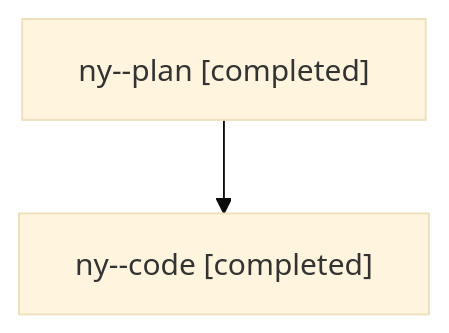
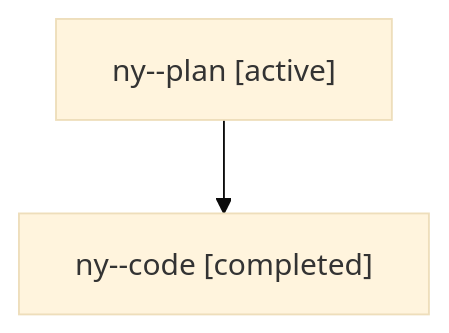
One commit to sase-org/sase--agents changed the diagram in families/bbugyi200.athena.ny.md. Above: the diagram before and after it, drawn with Mermaid (base theme). The commit also changed other lines of this file and 5813 other files, not shown here.

````diff
--- a/families/bbugyi200.athena.ny.md
+++ b/families/bbugyi200.athena.ny.md
@@ -9,6 +9,6 @@
 ```mermaid
 flowchart TD
-  n0["ny--plan [completed]"]
+  n0["ny--plan [active]"]
   n1["ny--code [completed]"]
   n0 --> n1
 ```
````
